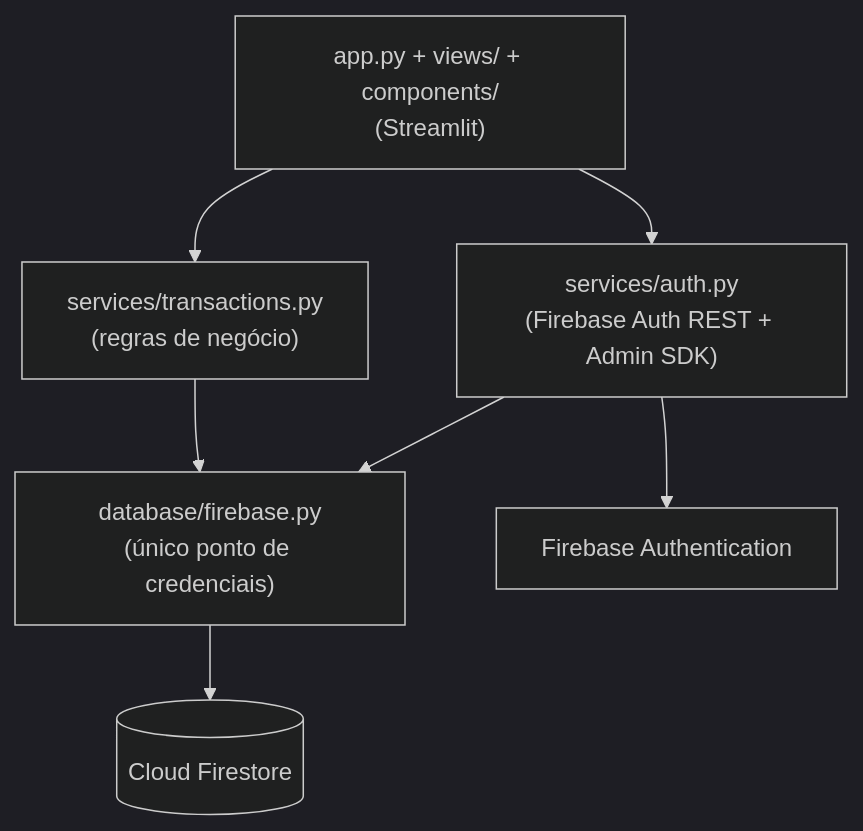
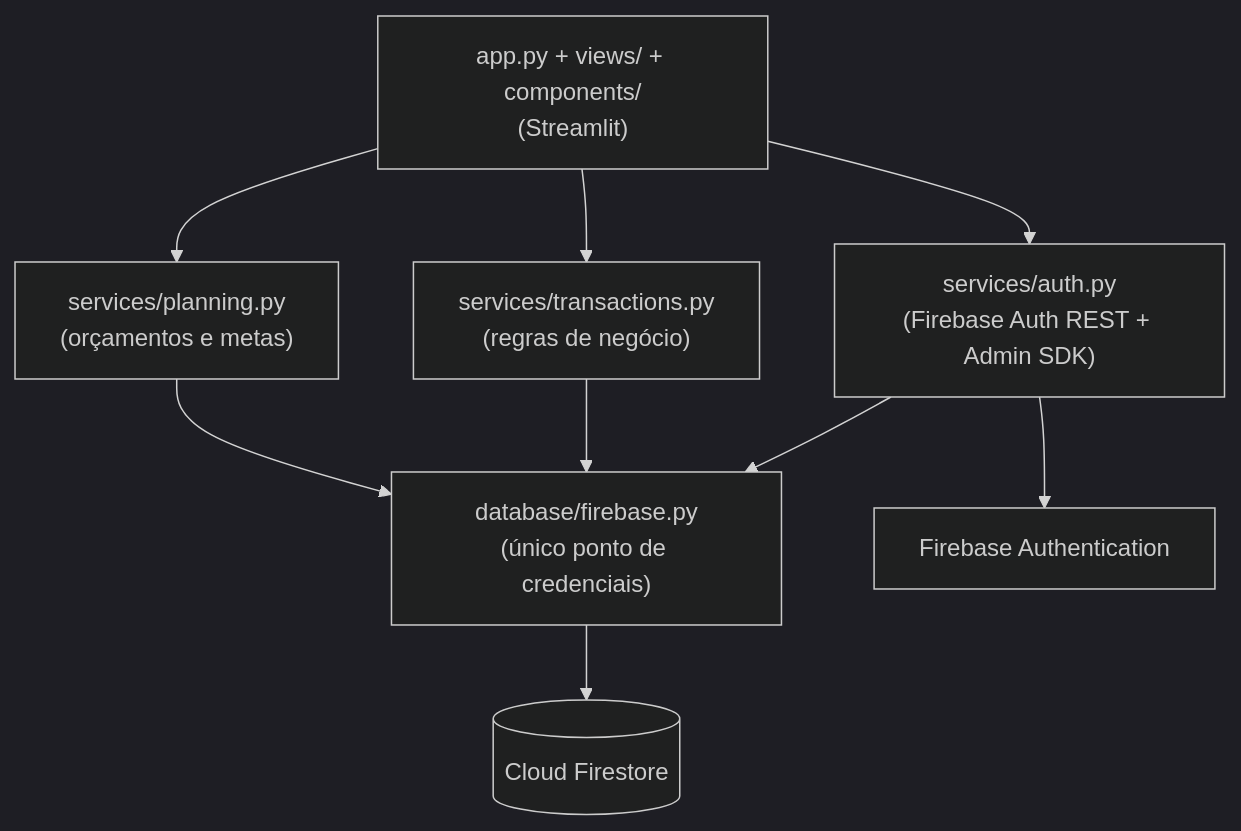
One commit to eae-gabzzz/financeiro- changed the diagram in README.md. Above: the diagram before and after it, drawn with Mermaid (dark theme). The commit also changed other lines of this file and 11 other files, not shown here.

````diff
--- a/README.md
+++ b/README.md
@@ -71,9 +79,11 @@
 ```mermaid
 flowchart TD
     UI["app.py + views/ + components/<br/>(Streamlit)"] --> SVC_A["services/auth.py<br/>(Firebase Auth REST + Admin SDK)"]
     UI --> SVC_T["services/transactions.py<br/>(regras de negócio)"]
+    UI --> SVC_P["services/planning.py<br/>(orçamentos e metas)"]
     SVC_A --> FB["database/firebase.py<br/>(único ponto de credenciais)"]
     SVC_T --> FB
+    SVC_P --> FB
     FB --> FS[("Cloud Firestore")]
     SVC_A --> IDP["Firebase Authentication"]
 ```
````
